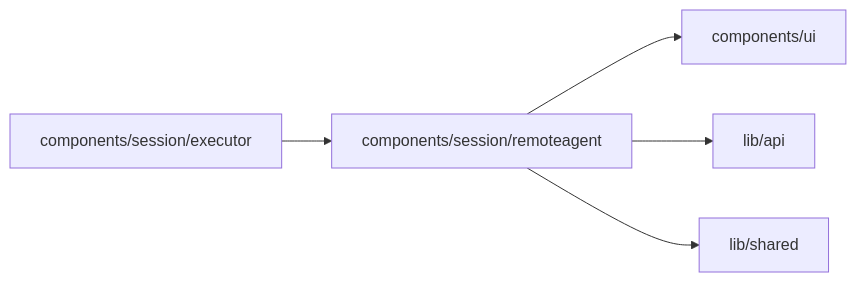
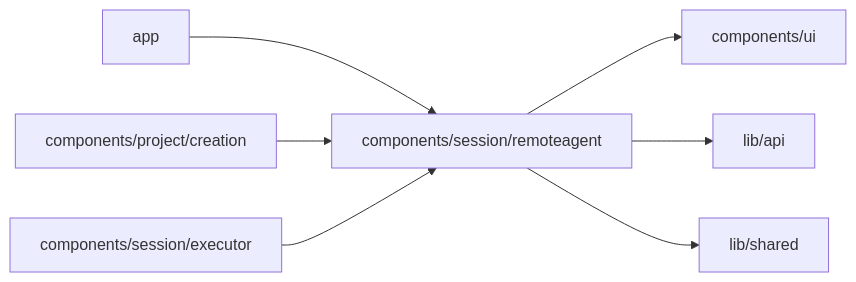
Before and after one commit to superdurable/superverse: the diagram in web/studio/components/session/remoteagent/README.md, drawn with Mermaid. The commit also changed other lines of this file and 22 other files, not shown here.

````diff
--- a/web/studio/components/session/remoteagent/README.md
+++ b/web/studio/components/session/remoteagent/README.md
@@ -10,8 +10,10 @@
 ```mermaid
 flowchart LR
   self["components/session/remoteagent"]
-  c0["components/session/executor"] --> self
+  c0["app"] --> self
+  c1["components/project/creation"] --> self
+  c2["components/session/executor"] --> self
   self --> d0["components/ui"]
   self --> d1["lib/api"]
   self --> d2["lib/shared"]
 ```
````
